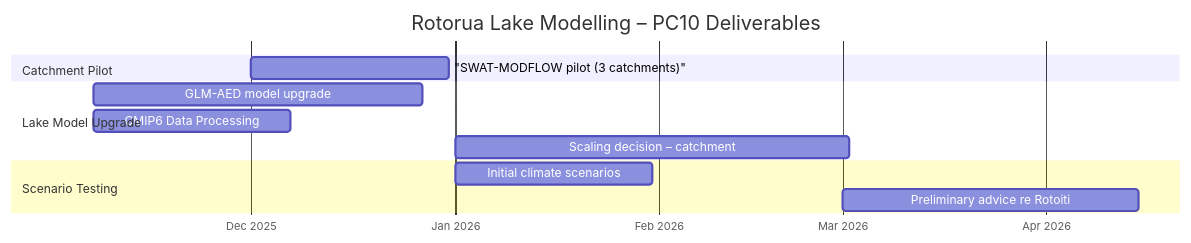
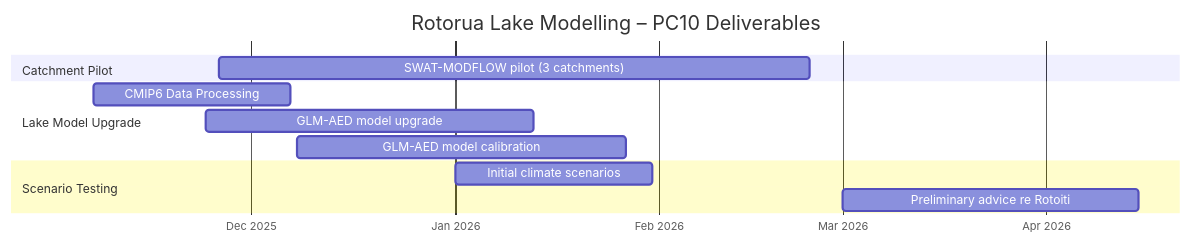
One commit to tadhg-moore/rotorua-pc10 changed the diagram in website/gantt.qmd. Above: the diagram before and after it, drawn with Mermaid.

Commit message:
Update GANTT chart

````diff
--- a/website/gantt.qmd
+++ b/website/gantt.qmd
@@ -8,17 +8,17 @@
 ```{mermaid}
 gantt
     title Rotorua Lake Modelling – PC10 Deliverables
     dateFormat  YYYY-MM-DD
     axisFormat  %b %Y
     section Catchment Pilot
-    "SWAT-MODFLOW pilot (3 catchments)" :a1, 2025-12-01, 30d
+    SWAT-MODFLOW pilot (3 catchments) :a1, 2025-11-26, 90d
 
     section Lake Model Upgrade
-    GLM-AED model upgrade            :b1, 2025-11-07, 50d
     CMIP6 Data Processing            :b1, 2025-11-07, 30d
-    Scaling decision – catchment     :b2, 2026-01-01, 60d
+    GLM-AED model upgrade            :b2, 2025-11-24, 50d
+    GLM-AED model calibration        :b3, 2025-12-08, 50d
 
     section Scenario Testing
     Initial climate scenarios        :c1, 2026-01-01, 30d
     Preliminary advice re Rotoiti    :c2, 2026-03-01, 45d
 ```
````
